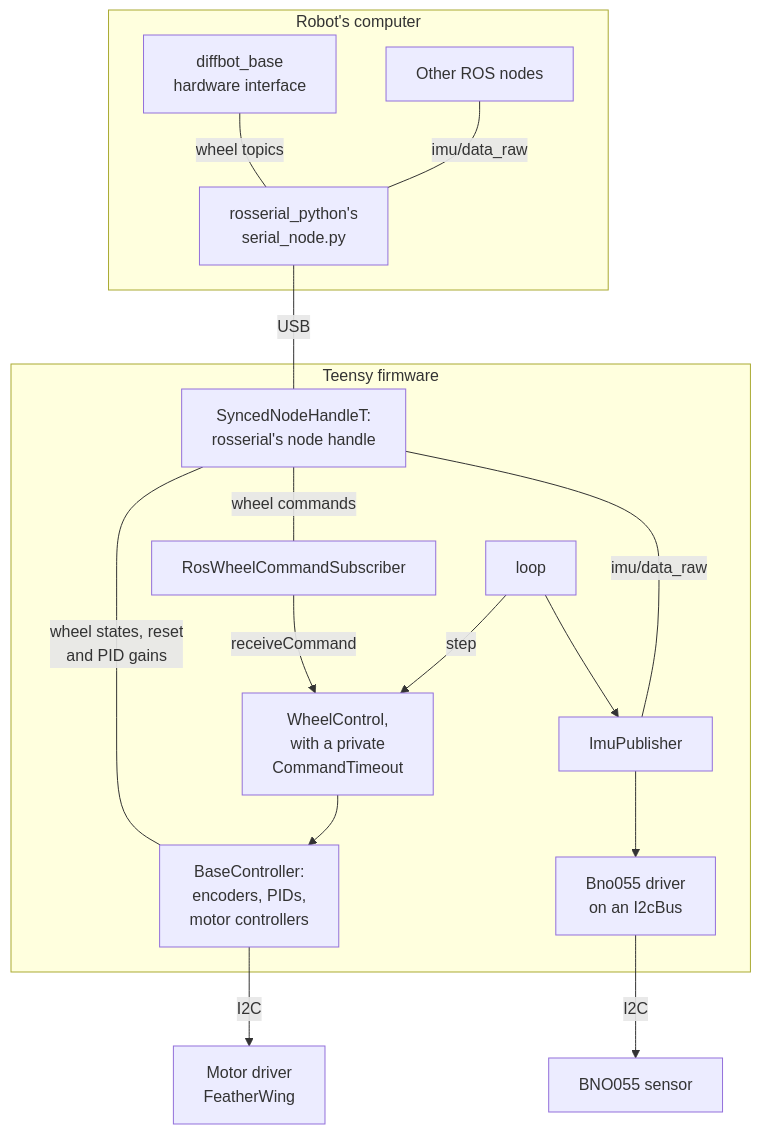
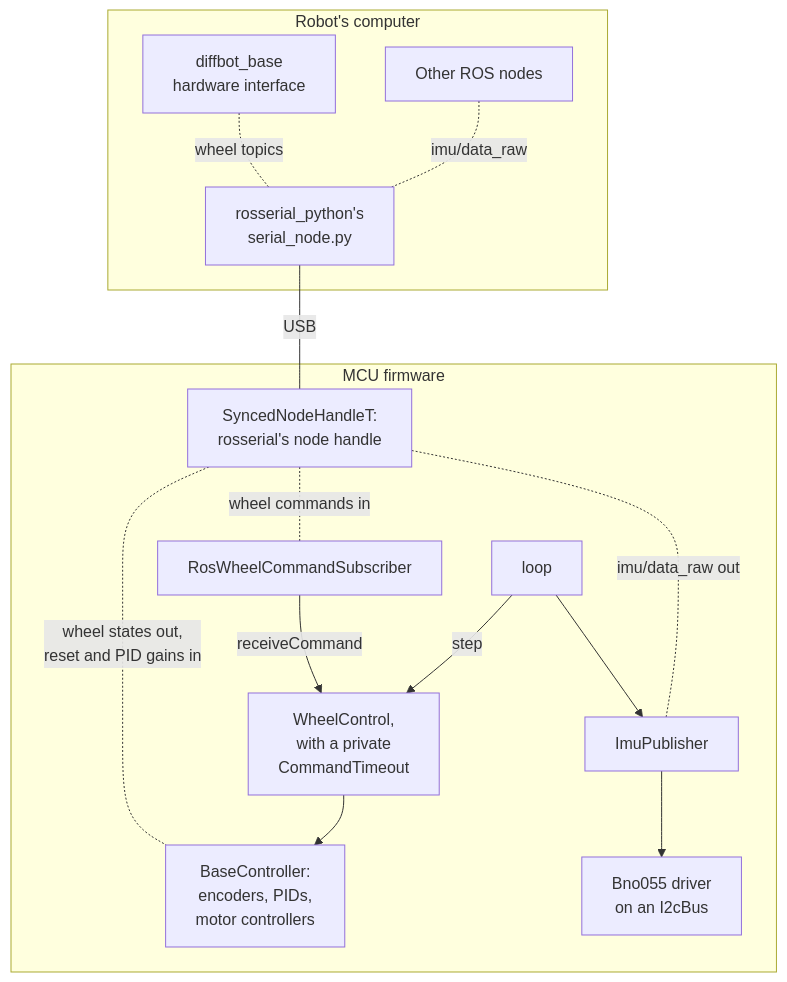
The second of 2 diagrams in docs/packages/diffbot_base/low-level.md (ros-mobile-robots/ros-mobile-robots.github.io), drawn with Mermaid before and after one commit. The commit also changed other lines of this file and 7 other files, not shown here.

````diff
--- a/docs/packages/diffbot_base/low-level.md
+++ b/docs/packages/diffbot_base/low-level.md
@@ -689,32 +699,28 @@
 ```mermaid
 graph TB
   subgraph PI [Robot's computer]
     HW[diffbot_base<br/>hardware interface]
     ROS[Other ROS nodes]
     SN[rosserial_python's<br/>serial_node.py]
   end
-  subgraph TEENSY [Teensy firmware]
+  subgraph MCU [MCU firmware]
     NH[SyncedNodeHandleT:<br/>rosserial's node handle]
     SUB[RosWheelCommandSubscriber]
     WC[WheelControl,<br/>with a private<br/>CommandTimeout]
     BC[BaseController:<br/>encoders, PIDs,<br/>motor controllers]
     LOOP[loop]
     IP[ImuPublisher]
     BNO[Bno055 driver<br/>on an I2cBus]
   end
-  FW[Motor driver<br/>FeatherWing]
-  IMU[BNO055 sensor]
-  HW ---|wheel topics| SN
-  ROS ---|imu/data_raw| SN
+  HW -.-|wheel topics| SN
+  ROS -.-|imu/data_raw| SN
   SN ---|USB| NH
-  NH ---|wheel states, reset<br/>and PID gains| BC
-  NH ---|wheel commands| SUB
+  NH -.-|wheel commands in| SUB
+  NH -.-|wheel states out,<br/>reset and PID gains in| BC
   SUB -->|receiveCommand| WC
   WC --> BC
   LOOP -->|step| WC
   LOOP --> IP
-  NH ---|imu/data_raw| IP
+  NH -.-|imu/data_raw out| IP
   IP --> BNO
-  BC -->|I2C| FW
-  BNO -->|I2C| IMU
 ```
````
